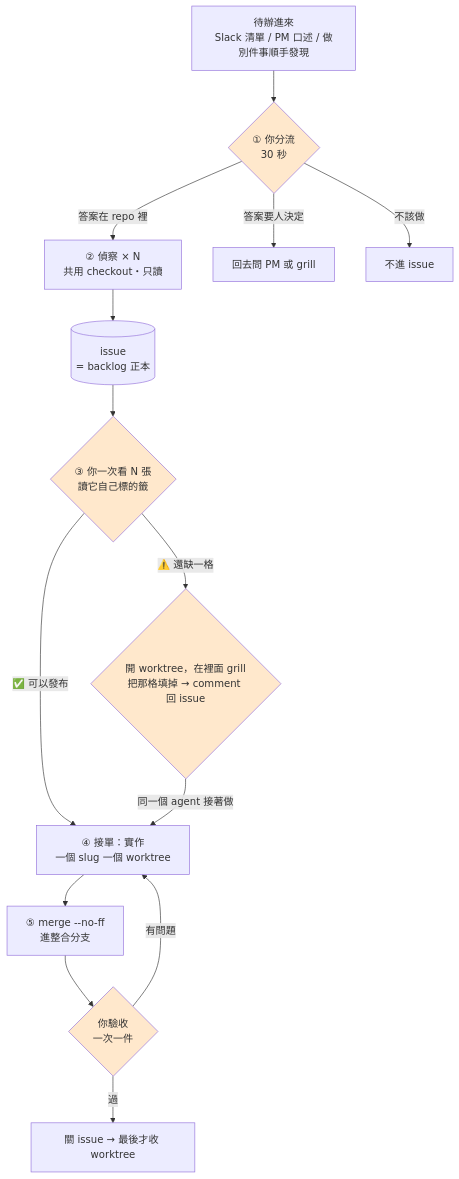
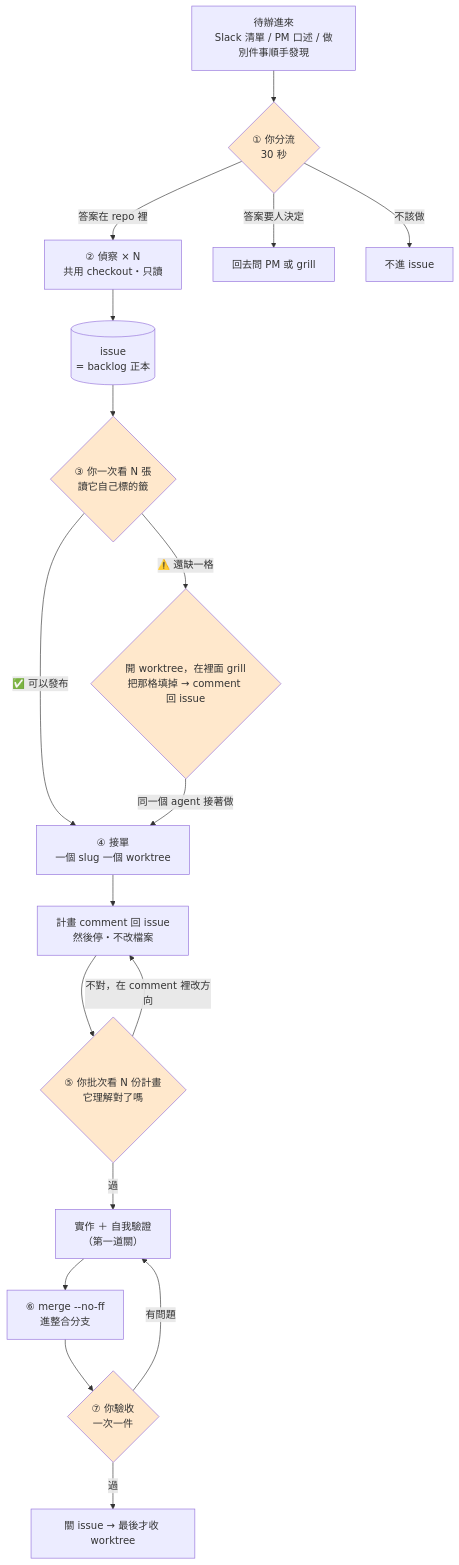
Before and after one commit to henry5720/work-helper: the diagram in docs/fleet.md, drawn with Mermaid. The commit also changed other lines of this file and 2 other files, not shown here.

First line of the commit message:
feat: 加「執行前看計畫」這一關，計畫寫進 issue 不用互動核可

````diff
--- a/docs/fleet.md
+++ b/docs/fleet.md
@@ -56,25 +56,31 @@
 ```mermaid
 flowchart TD
     A["待辦進來<br/>Slack 清單 / PM 口述 / 做別件事順手發現"] --> B{"① 你分流<br/>30 秒"}
 
     B -->|答案在 repo 裡| C["② 偵察 × N<br/>共用 checkout・只讀"]
     B -->|答案要人決定| X["回去問 PM 或 grill"]
     B -->|不該做| Y["不進 issue"]
 
     C --> D[("issue<br/>= backlog 正本")]
     D --> E{"③ 你一次看 N 張<br/>讀它自己標的籤"}
 
     E -->|"✅ 可以發布"| F
     E -->|"⚠️ 還缺一格"| G{"開 worktree，在裡面 grill<br/>把那格填掉 → comment 回 issue"}
-    G -->|同一個 agent 接著做| F["④ 接單：實作<br/>一個 slug 一個 worktree"]
+    G -->|同一個 agent 接著做| F["④ 接單<br/>一個 slug 一個 worktree"]
 
-    F --> H["⑤ merge --no-ff<br/>進整合分支"]
-    H --> I{"你驗收<br/>一次一件"}
-    I -->|有問題| F
+    F --> P["計畫 comment 回 issue<br/>然後停・不改檔案"]
+    P --> Q{"⑤ 你批次看 N 份計畫<br/>它理解對了嗎"}
+    Q -->|不對，在 comment 裡改方向| P
+    Q -->|過| R["實作 ＋ 自我驗證<br/>（第一道關）"]
+
+    R --> H["⑥ merge --no-ff<br/>進整合分支"]
+    H --> I{"⑦ 你驗收<br/>一次一件"}
+    I -->|有問題| R
     I -->|過| J["關 issue → 最後才收 worktree"]
 
     style B fill:#ffe8cc
     style E fill:#ffe8cc
     style G fill:#ffe8cc
+    style Q fill:#ffe8cc
     style I fill:#ffe8cc
 ```
````
